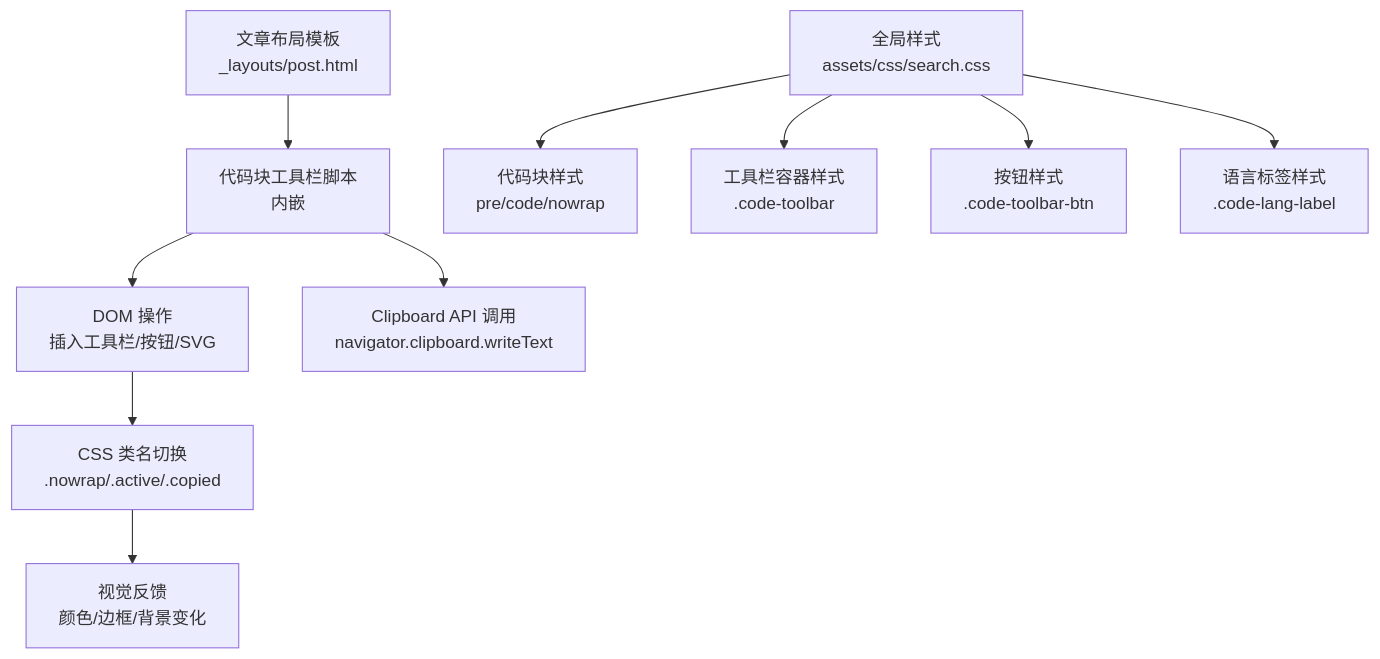
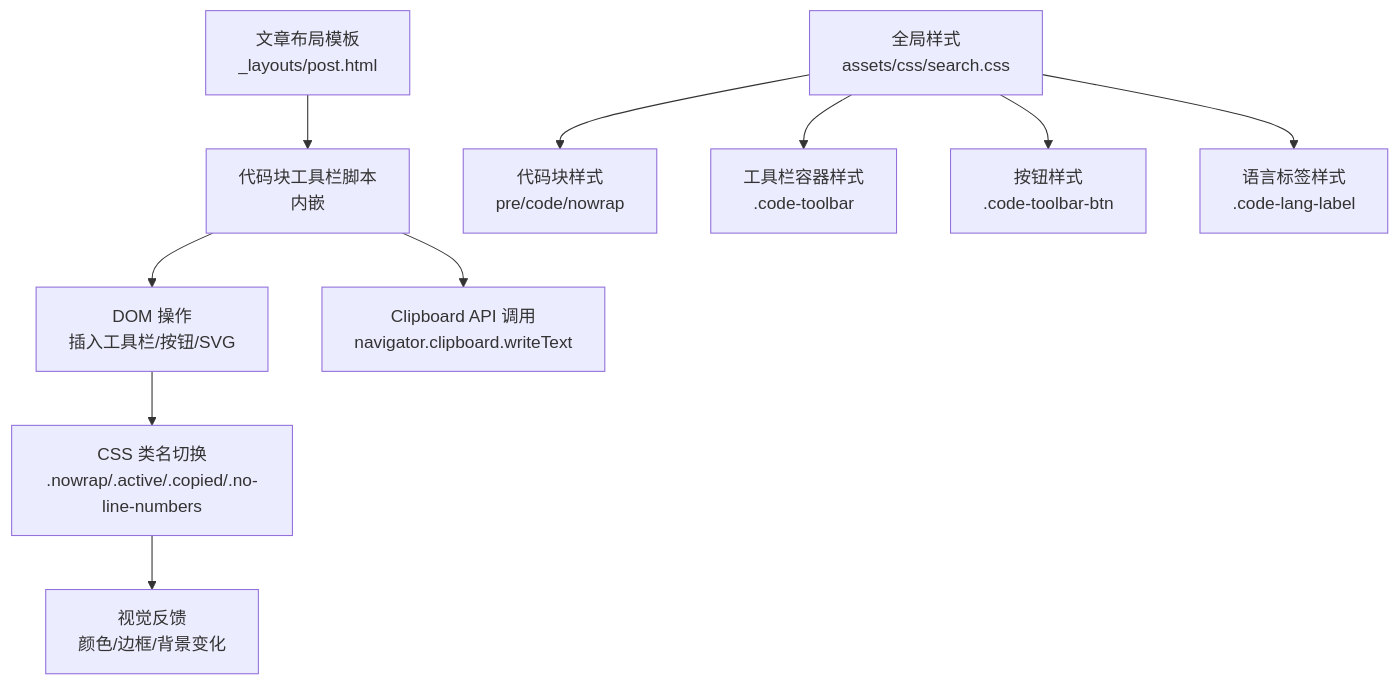
Before and after one commit to LZC6244/lzc6244.github.io: the first of 7 diagrams in .qoder/repowiki/zh/content/代码展示增强/代码工具栏功能.md, drawn with Mermaid. The commit also changed other lines of this file and 36 other files, not shown here.

````diff
--- a/.qoder/repowiki/zh/content/代码展示增强/代码工具栏功能.md
+++ b/.qoder/repowiki/zh/content/代码展示增强/代码工具栏功能.md
@@ -29,12 +38,12 @@
 ```mermaid
 graph TB
 A["文章布局模板<br/>_layouts/post.html"] --> B["代码块工具栏脚本<br/>内嵌"]
 C["全局样式<br/>assets/css/search.css"] --> D["代码块样式<br/>pre/code/nowrap"]
 C --> E["工具栏容器样式<br/>.code-toolbar"]
 C --> F["按钮样式<br/>.code-toolbar-btn"]
 C --> G["语言标签样式<br/>.code-lang-label"]
 B --> H["DOM 操作<br/>插入工具栏/按钮/SVG"]
 B --> I["Clipboard API 调用<br/>navigator.clipboard.writeText"]
-H --> J["CSS 类名切换<br/>.nowrap/.active/.copied"]
+H --> J["CSS 类名切换<br/>.nowrap/.active/.copied/.no-line-numbers"]
 J --> K["视觉反馈<br/>颜色/边框/背景变化"]
 ```
````
